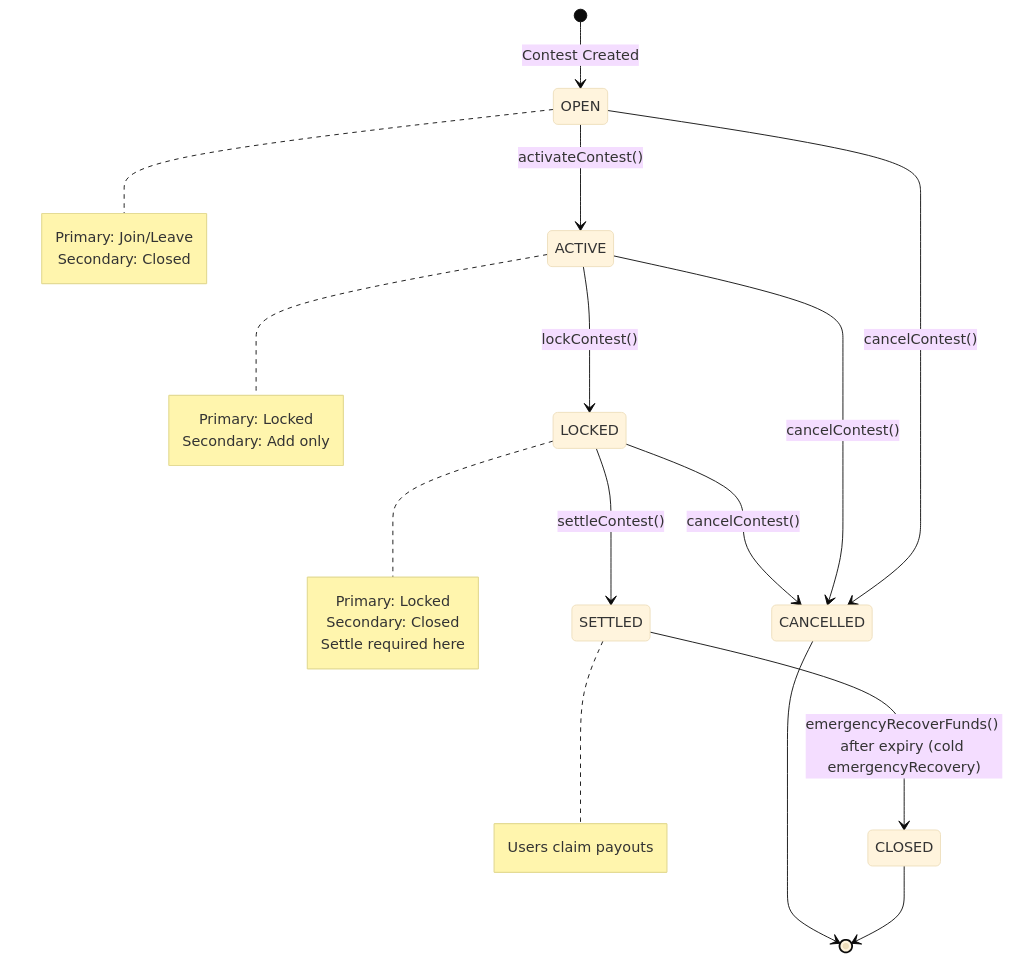
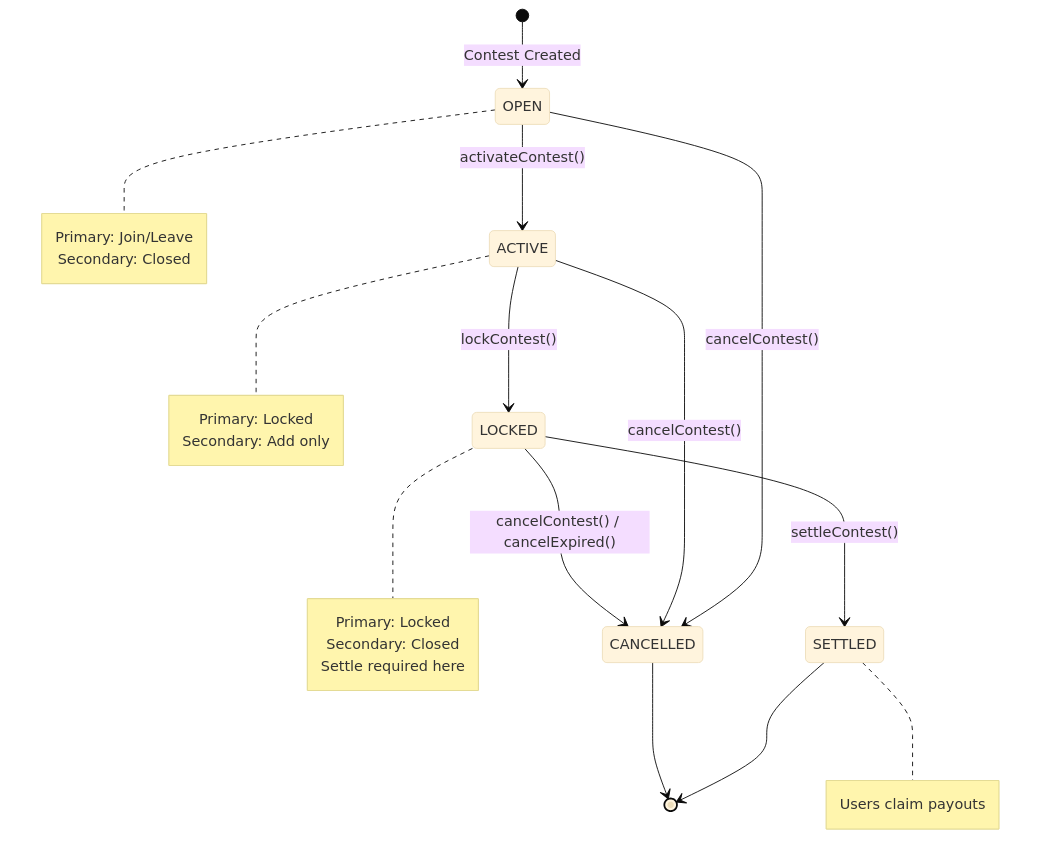
The fifth of 5 diagrams in spec/contracts/data-flow.md (MagRelo/cut), drawn with Mermaid (base theme) before and after one commit. The commit also changed other lines of this file and 57 other files, not shown here.

First line of the commit message:
Refactor referral graph and emergency recovery handling

````diff
--- a/spec/contracts/data-flow.md
+++ b/spec/contracts/data-flow.md
@@ -95,38 +95,36 @@
 ```mermaid
 stateDiagram-v2
     [*] --> OPEN: Contest Created
     
     OPEN --> ACTIVE: activateContest()
     OPEN --> CANCELLED: cancelContest()
     
     ACTIVE --> LOCKED: lockContest()
     ACTIVE --> CANCELLED: cancelContest()
     
     LOCKED --> SETTLED: settleContest()
-    LOCKED --> CANCELLED: cancelContest()
+    LOCKED --> CANCELLED: cancelContest() / cancelExpired()
     
-    SETTLED --> CLOSED: emergencyRecoverFunds() after expiry (cold emergencyRecovery)
-    
-    CLOSED --> [*]
+    SETTLED --> [*]
     CANCELLED --> [*]
     
     note right of OPEN
         Primary: Join/Leave
         Secondary: Closed
     end note
     
     note right of ACTIVE
         Primary: Locked
         Secondary: Add only
     end note
     
     note right of LOCKED
         Primary: Locked
         Secondary: Closed
         Settle required here
     end note
     
     note right of SETTLED
         Users claim payouts
     end note
 ```
````
